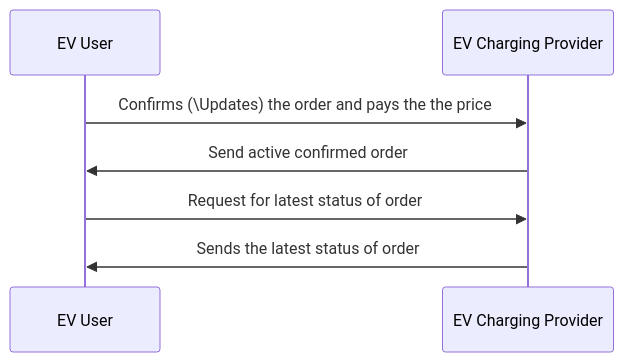
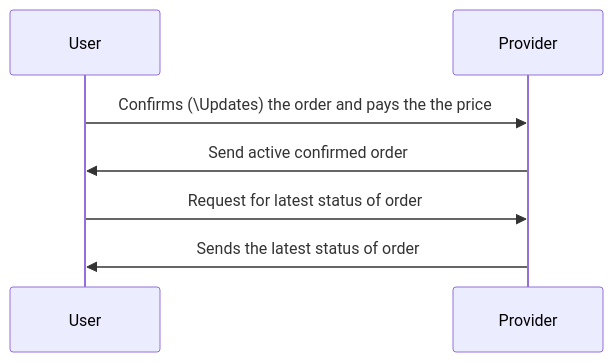
One commit to Sudheesh2609/DENT-Protocol changed the seventh of 8 diagrams in docs/implementation-guides/EV_Charging/EV_Charging_and_Battery-Swapping-Worlflow.md. Above: the diagram before and after it, drawn with Mermaid. The commit also changed other lines of this file, not shown here.

First line of the commit message:
Update EV_Charging_and_Battery-Swapping-Worlflow.md

````diff
--- a/docs/implementation-guides/EV_Charging/EV_Charging_and_Battery-Swapping-Worlflow.md
+++ b/docs/implementation-guides/EV_Charging/EV_Charging_and_Battery-Swapping-Worlflow.md
@@ -196,7 +195,7 @@
 ```mermaid
     sequenceDiagram
-    EV User->>EV Charging Provider: Confirms (\Updates) the order and pays the the price
-    EV Charging Provider->>EV User: Send active confirmed order
-		EV User->>EV Charging Provider: Request for latest status of order
-		EV Charging Provider->>EV User: Sends the latest status of order
+    User->>Provider: Confirms (\Updates) the order and pays the the price
+    Provider->>User: Send active confirmed order
+    User->>Provider: Request for latest status of order
+    Provider->>User: Sends the latest status of order
 ```
````
